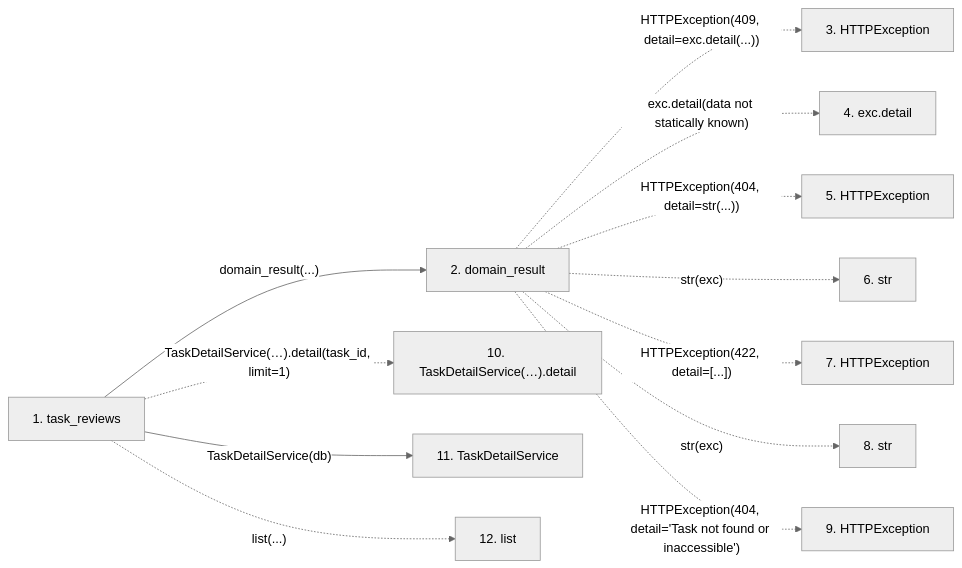
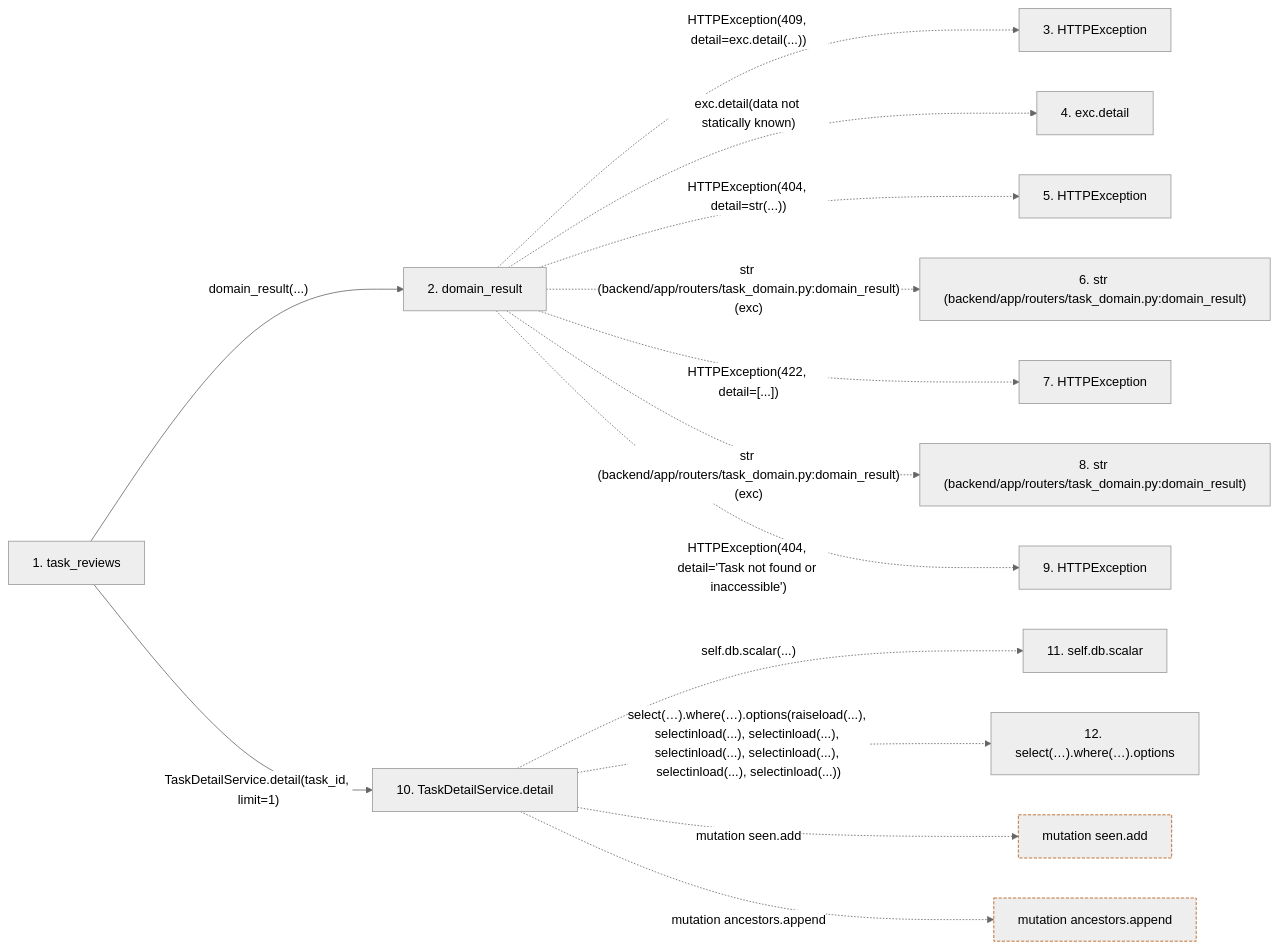
One commit to Denissvgn/WorkChord changed the second of 2 diagrams in docs/llm_wiki/flows/http-task_reviews.md. Above: the diagram before and after it, drawn with Mermaid (neutral theme). The commit also changed other lines of this file and 25171 other files, not shown here.

````diff
--- a/docs/llm_wiki/flows/http-task_reviews.md
+++ b/docs/llm_wiki/flows/http-task_reviews.md
@@ -48,29 +143,36 @@
 ```mermaid
 flowchart LR
     s1["1. task_reviews"]
     s2["2. domain_result"]
     s3["3. HTTPException"]
     s4["4. exc.detail"]
     s5["5. HTTPException"]
-    s6["6. str"]
+    s6["6. str (backend/app/routers/task_domain.py:domain_result)"]
     s7["7. HTTPException"]
-    s8["8. str"]
+    s8["8. str (backend/app/routers/task_domain.py:domain_result)"]
     s9["9. HTTPException"]
-    s10["10. TaskDetailService(…).detail"]
-    s11["11. TaskDetailService"]
-    s12["12. list"]
+    s10["10. TaskDetailService.detail"]
+    s11["11. self.db.scalar"]
+    s12["12. select(…).where(…).options"]
     s1 -->|"domain_result(...)"| s2
     s2 -. "HTTPException(409, detail=exc.detail(...))" .-> s3
     s2 -. "exc.detail(data not statically known)" .-> s4
     s2 -. "HTTPException(404, detail=str(...))" .-> s5
-    s2 -. "str(exc)" .-> s6
+    s2 -. "str (backend/app/routers/task_domain.py:domain_result)(exc)" .-> s6
     s2 -. "HTTPException(422, detail=[...])" .-> s7
-    s2 -. "str(exc)" .-> s8
+    s2 -. "str (backend/app/routers/task_domain.py:domain_result)(exc)" .-> s8
     s2 -. "HTTPException(404, detail='Task not found or inaccessible')" .-> s9
-    s1 -. "TaskDetailService(…).detail(task_id, limit=1)" .-> s10
-    s1 -->|"TaskDetailService(db)"| s11
-    s1 -. "list(...)" .-> s12
+    s1 -->|"TaskDetailService.detail(task_id, limit=1)"| s10
+    s10 -. "self.db.scalar(...)" .-> s11
+    s10 -. "select(…).where(…).options(raiseload(...), selectinload(...), selectinload(...), selectinload(...), selectinload(...), selectinload(...), selectinload(...))" .-> s12
+    b0["mutation seen.add"]
+    s10 -. "mutation seen.add" .-> b0
+    b1["mutation ancestors.append"]
+    s10 -. "mutation ancestors.append" .-> b1
     click s1 "../modules/routers_task_domain.md"
     click s2 "../modules/routers_task_domain.md"
-    click s11 "../modules/task_detail_service.md"
+    click s10 "../modules/task_detail_service.md"
+    classDef boundary stroke:#b45309,stroke-dasharray: 4 2
+    class b0 boundary
+    class b1 boundary
 ```
````
